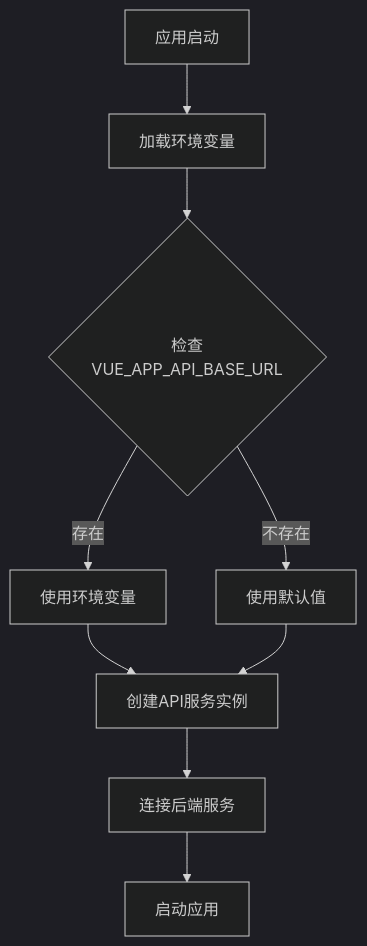
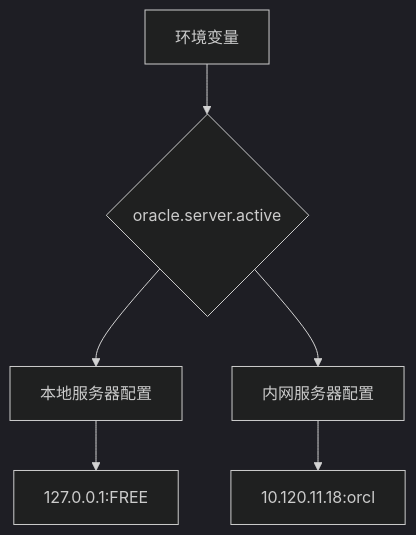
The second of 3 diagrams in .qoder/repowiki/zh/content/Update Summary/Update Summary.md (liuzh2008/med_ai_assistant_workspace), drawn with Mermaid (dark theme) before and after one commit. The commit also changed other lines of this file and 3 other files, not shown here.

````diff
--- a/.qoder/repowiki/zh/content/Update Summary/Update Summary.md
+++ b/.qoder/repowiki/zh/content/Update Summary/Update Summary.md
@@ -393,11 +375,8 @@
 ```mermaid
 graph TB
-A[应用启动] --> B[加载环境变量]
-B --> C{检查VUE_APP_API_BASE_URL}
-C --> |存在| D[使用环境变量]
-C --> |不存在| E[使用默认值]
-D --> F[创建API服务实例]
-E --> F
-F --> G[连接后端服务]
-G --> H[启动应用]
+A[环境变量] --> B{oracle.server.active}
+B --> C[本地服务器配置]
+B --> D[内网服务器配置]
+C --> E[127.0.0.1:FREE]
+D --> F[10.120.11.18:orcl]
 ```
````
